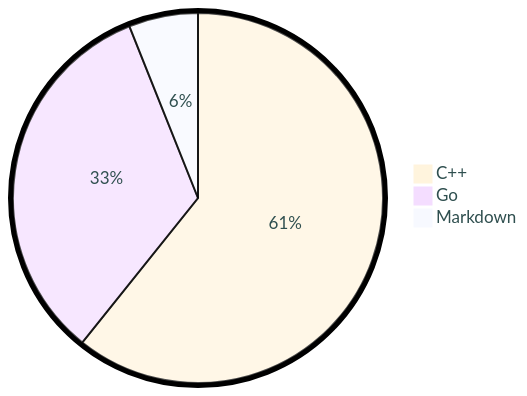
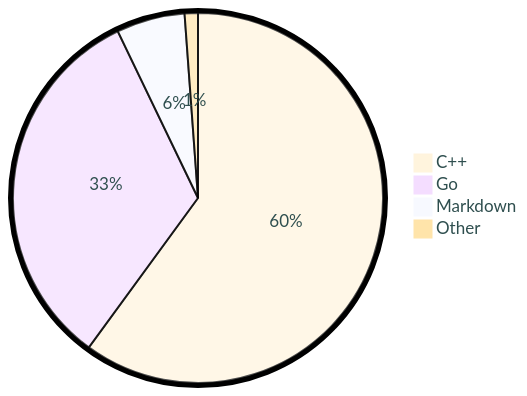
One commit to tot0p/tot0p changed the diagram in README.md. Above: the diagram before and after it, drawn with Mermaid.

Commit message:
wakatime update

````diff
--- a/README.md
+++ b/README.md
@@ -77,7 +77,8 @@
 ```mermaid
 %%{init: {"pie": {"textPosition": 0.5}, "themeVariables": {"pieOuterStrokeWidth": "5px","primaryTextColor" : "#2F4F4F"},"theme":"base"} }%%
 pie
 	"C++": 60.04
 	"Go": 32.82
 	"Markdown": 5.98
+	"Other": 1.1600000000000001
 ```
````
